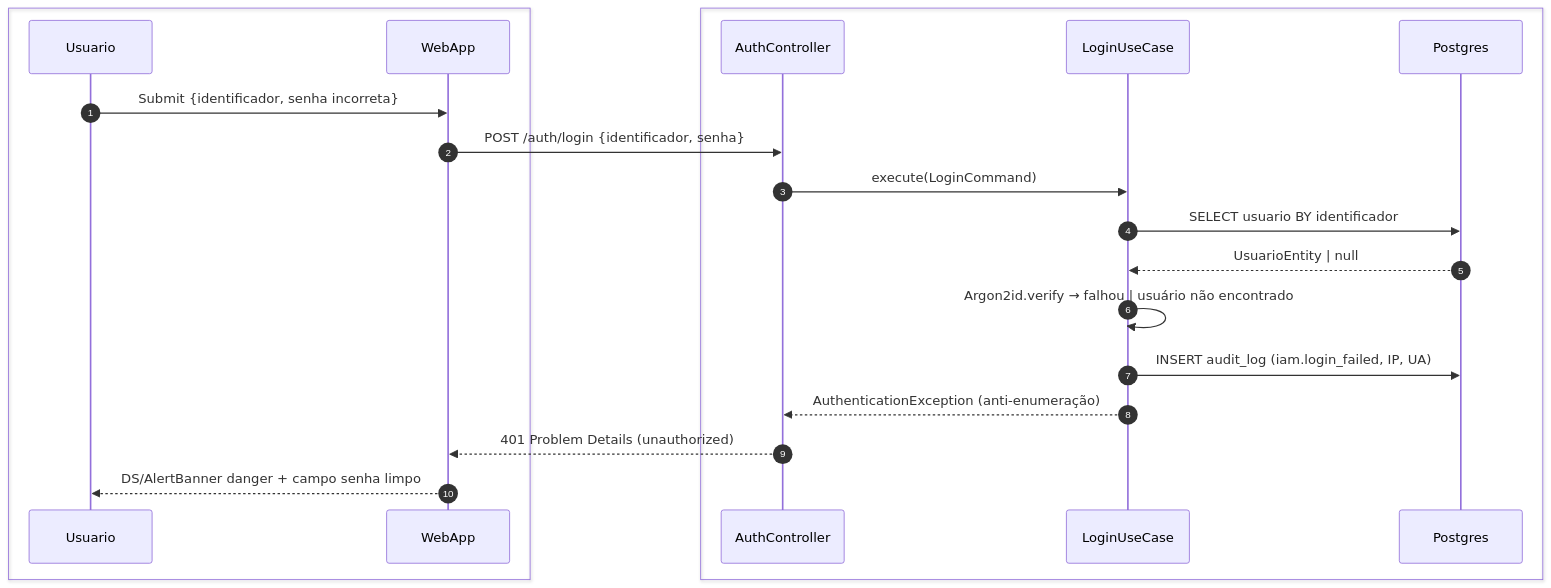
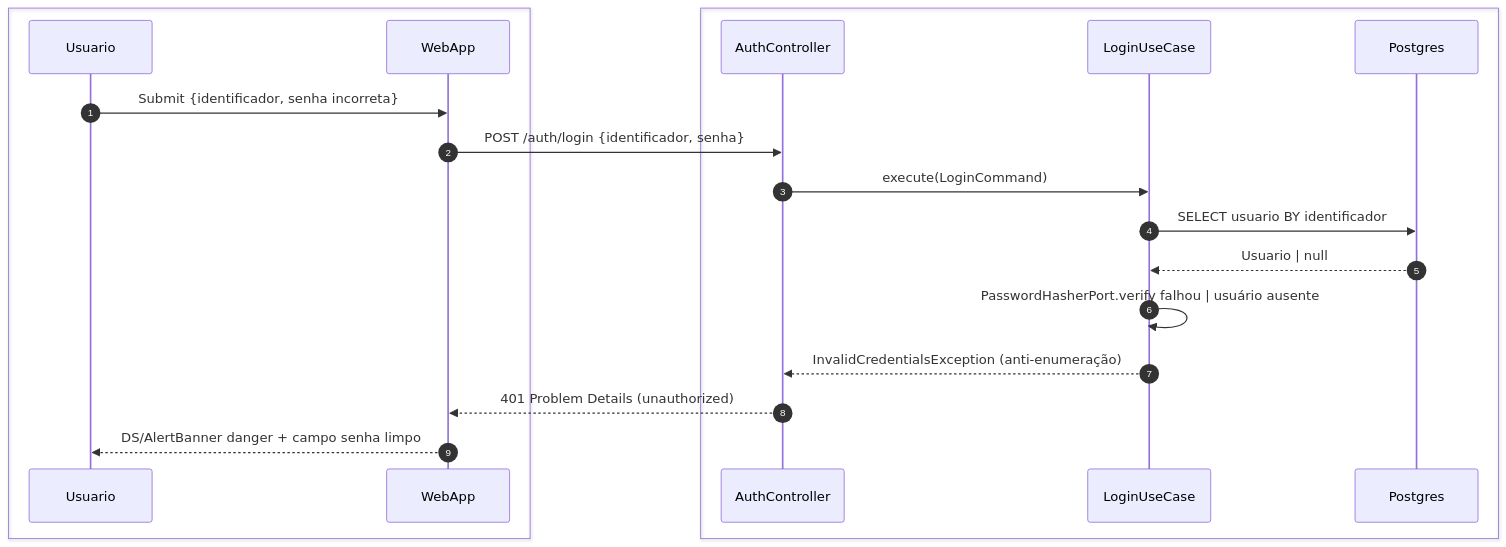
One commit to teamTCC/secretariaOnline2 changed the third of 8 diagrams in foundationDocs/sequenceDiagrams/F0 — Público/US-F0-001-LOGIN.md. Above: the diagram before and after it, drawn with Mermaid. The commit also changed other lines of this file and 104 other files, not shown here.

````diff
--- a/foundationDocs/sequenceDiagrams/F0 — Público/US-F0-001-LOGIN.md
+++ b/foundationDocs/sequenceDiagrams/F0 — Público/US-F0-001-LOGIN.md
@@ -135,24 +143,23 @@
 ```mermaid
 sequenceDiagram
     autonumber
     box #e8f4fc Cliente
         participant Usuario
         participant WebApp
     end
     box #fff8ee Servidor
         participant AC as AuthController
         participant UC as LoginUseCase
         participant DB as Postgres
     end
 
     Usuario->>WebApp: Submit {identificador, senha incorreta}
     WebApp->>AC: POST /auth/login {identificador, senha}
     AC->>UC: execute(LoginCommand)
     UC->>DB: SELECT usuario BY identificador
-    DB-->>UC: UsuarioEntity | null
-    UC->>UC: Argon2id.verify → falhou | usuário não encontrado
-    UC->>DB: INSERT audit_log (iam.login_failed, IP, UA)
-    UC-->>AC: AuthenticationException (anti-enumeração)
+    DB-->>UC: Usuario | null
+    UC->>UC: PasswordHasherPort.verify falhou | usuário ausente
+    UC-->>AC: InvalidCredentialsException (anti-enumeração)
     AC-->>WebApp: 401 Problem Details (unauthorized)
     WebApp-->>Usuario: DS/AlertBanner danger + campo senha limpo
 ```
````
